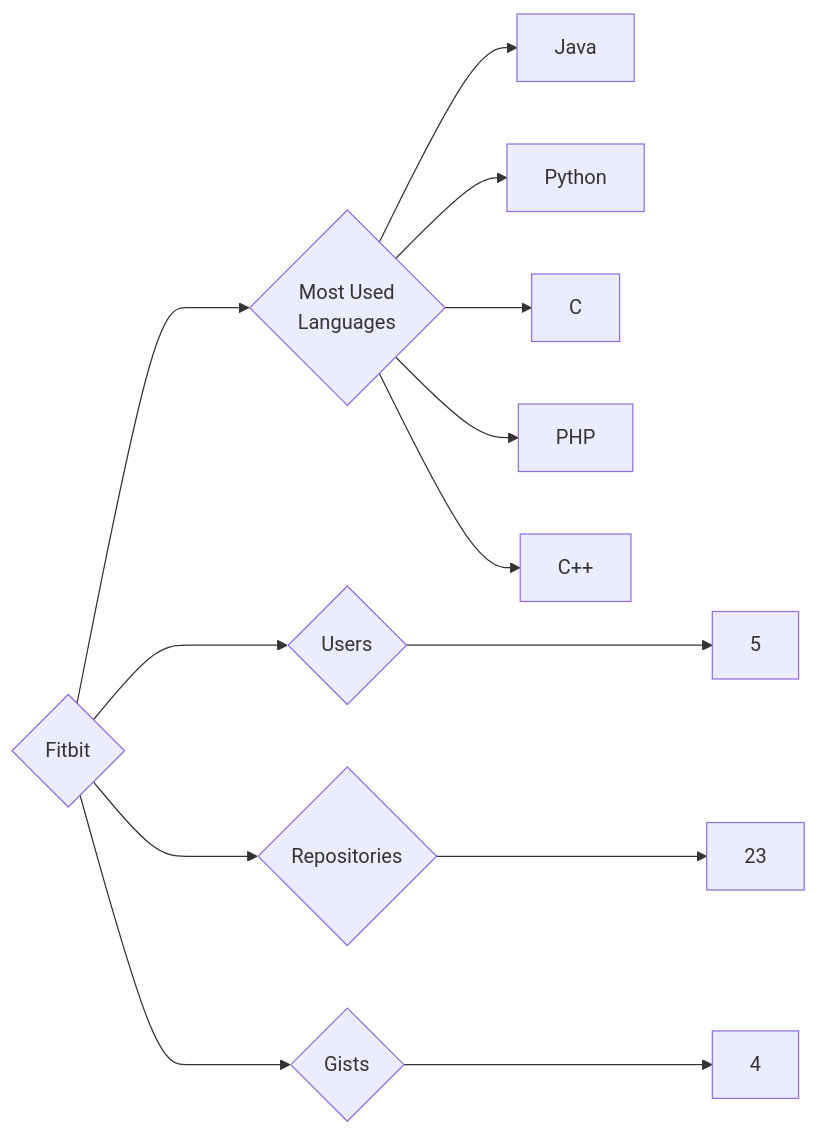
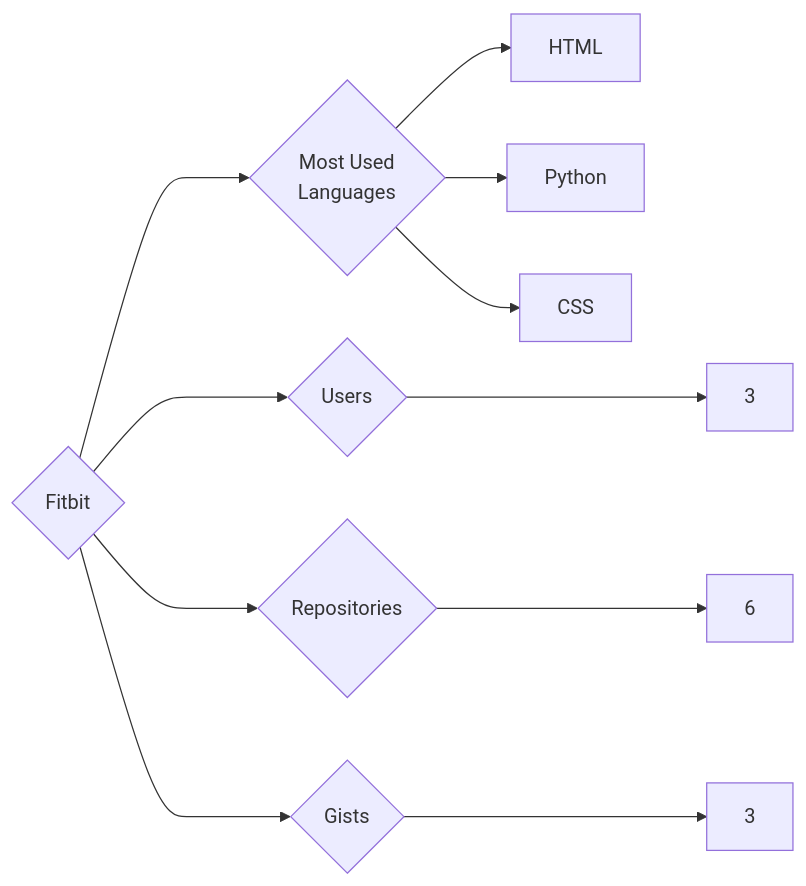
Before and after one commit to trickest/insiders: the diagram in targets/Fitbit/README.md, drawn with Mermaid. The commit also changed 724 other files, not shown here.

````diff
--- a/targets/Fitbit/README.md
+++ b/targets/Fitbit/README.md
@@ -3,13 +3,11 @@
 ```mermaid
 graph LR
 COMPANY_NAME{Fitbit}
-COMPANY_NAME ---> U{Users} ---> UN[5]
-COMPANY_NAME ---> R{Repositories} ---> RN[23]
-COMPANY_NAME ---> G{Gists} ---> GN[4]
+COMPANY_NAME ---> U{Users} ---> UN[3]
+COMPANY_NAME ---> R{Repositories} ---> RN[6]
+COMPANY_NAME ---> G{Gists} ---> GN[3]
 COMPANY_NAME ---> ML{Most Used<br>Languages}
-ML --> Java[Java]
+ML --> HTML[HTML]
 ML --> Python[Python]
-ML --> C[C]
-ML --> PHP[PHP]
-ML --> C++[C++]
+ML --> CSS[CSS]
 ```
````
